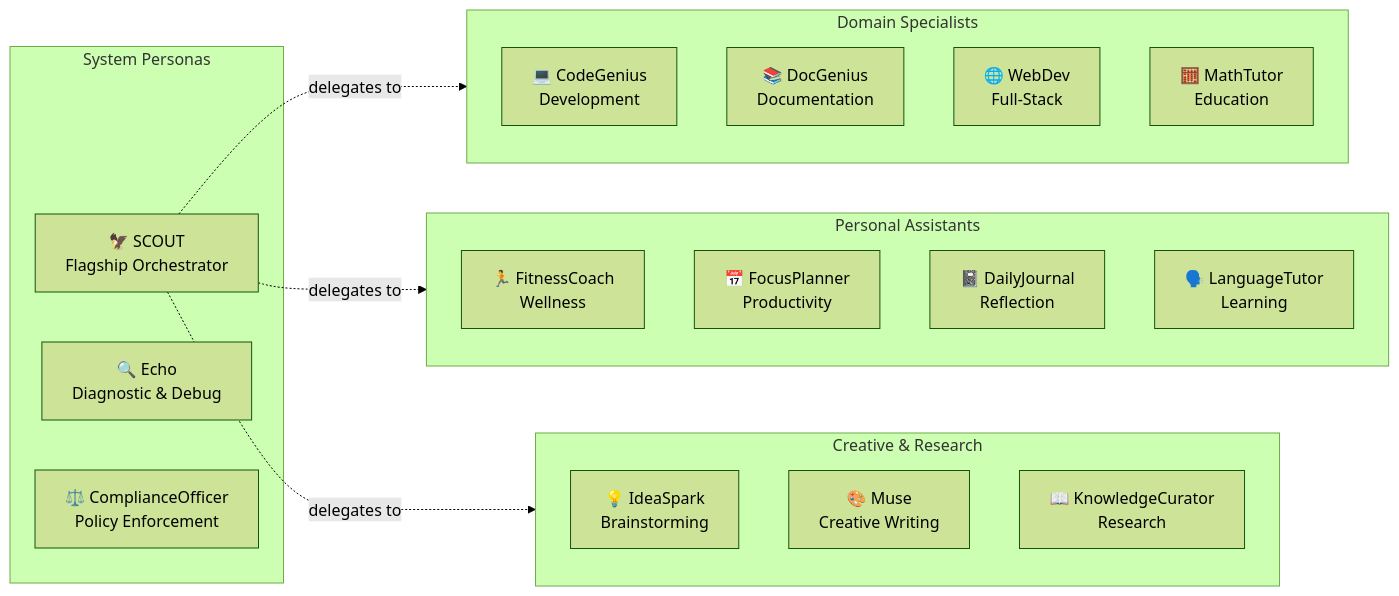
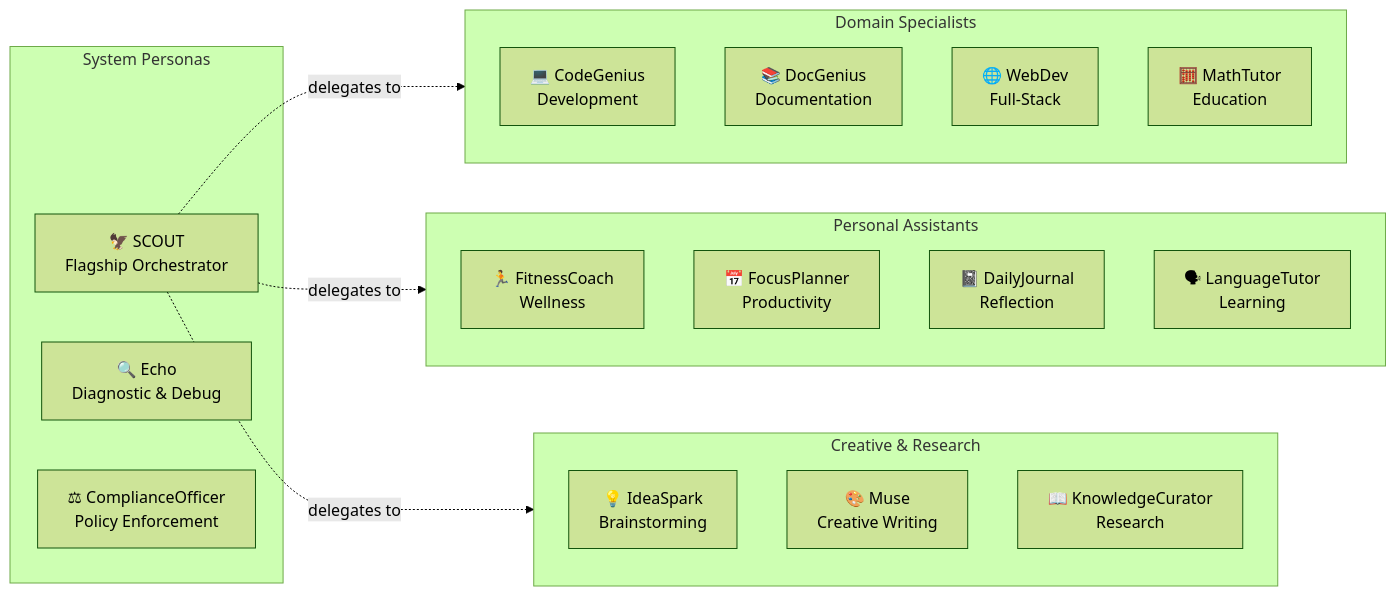
One commit to DigitalHallucinations/ATLAS changed the second of 5 diagrams in README.md. Above: the diagram before and after it, drawn with Mermaid (forest theme). The commit also changed other lines of this file and 2 other files, not shown here.

````diff
--- a/README.md
+++ b/README.md
@@ -146,32 +142,32 @@
 ```mermaid
 flowchart LR
     subgraph System["System Personas"]
         S1[🦅 SCOUT<br/>Flagship Orchestrator]
         S2[🔍 Echo<br/>Diagnostic & Debug]
-        S3[⚖️ ComplianceOfficer<br/>Policy Enforcement]
+        S3[⚖ ComplianceOfficer<br/>Policy Enforcement]
     end
 
     subgraph Domain["Domain Specialists"]
         D1[💻 CodeGenius<br/>Development]
         D2[📚 DocGenius<br/>Documentation]
         D3[🌐 WebDev<br/>Full-Stack]
         D4[🧮 MathTutor<br/>Education]
     end
 
     subgraph Personal["Personal Assistants"]
         P1[🏃 FitnessCoach<br/>Wellness]
         P2[📅 FocusPlanner<br/>Productivity]
         P3[📓 DailyJournal<br/>Reflection]
-        P4[🗣️ LanguageTutor<br/>Learning]
+        P4[🗣 LanguageTutor<br/>Learning]
     end
 
     subgraph Creative["Creative & Research"]
         C1[💡 IdeaSpark<br/>Brainstorming]
         C2[🎨 Muse<br/>Creative Writing]
         C3[📖 KnowledgeCurator<br/>Research]
     end
 
     S1 -.->|delegates to| Domain
     S1 -.->|delegates to| Personal
     S1 -.->|delegates to| Creative
 ```
````
